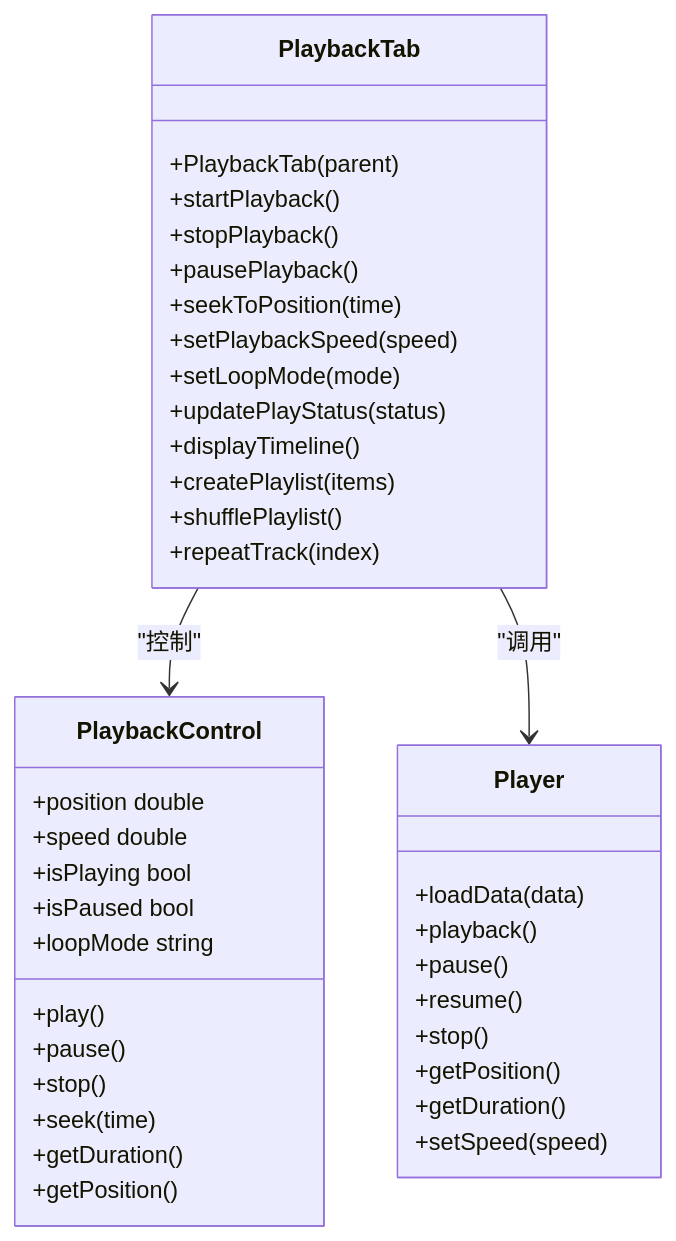
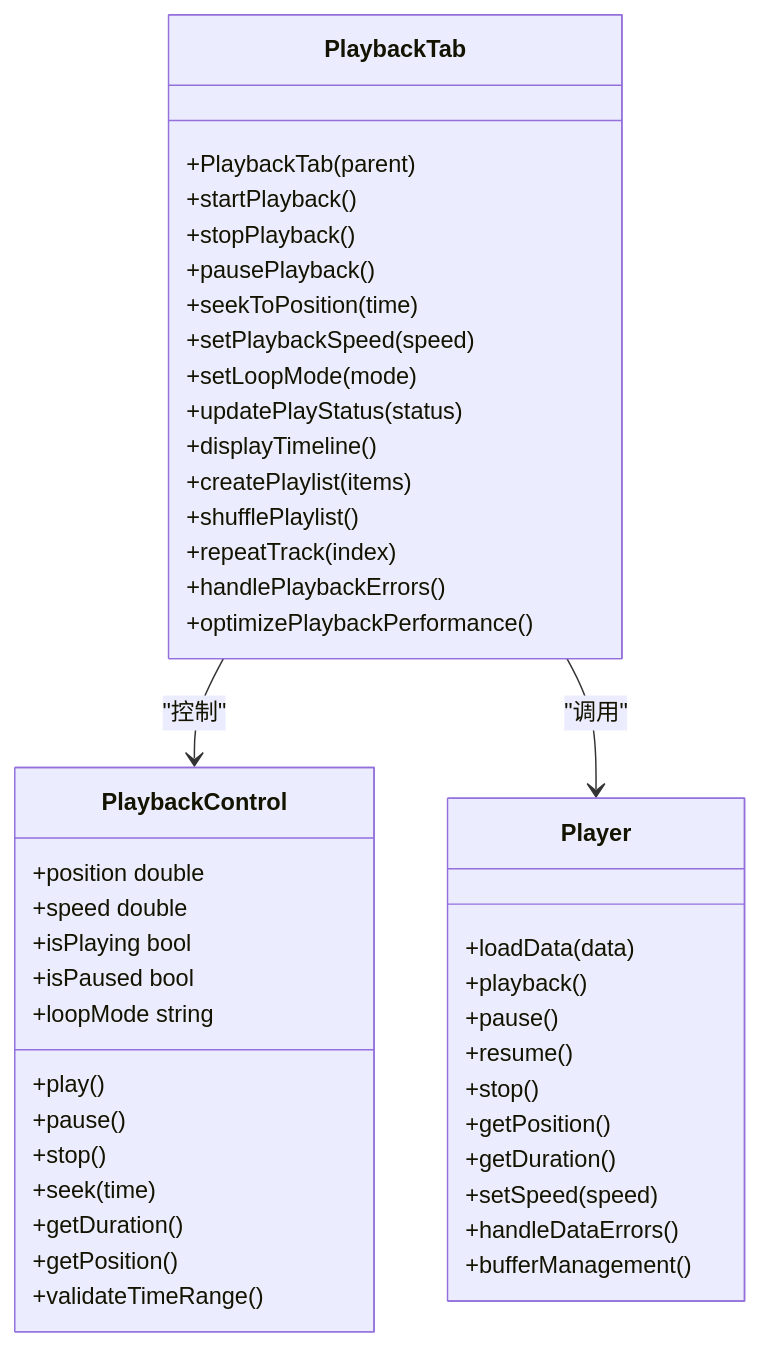
Diagram 12 of 15 in .qoder/repowiki/zh/content/架构设计/UI系统设计/UI系统设计.md (jakecai1225-design/OpenBus), drawn with Mermaid before and after one commit. The commit also changed other lines of this file and 15 other files, not shown here.

Commit message:
分离试图 拓扑图

````diff
--- a/.qoder/repowiki/zh/content/架构设计/UI系统设计/UI系统设计.md
+++ b/.qoder/repowiki/zh/content/架构设计/UI系统设计/UI系统设计.md
@@ -764,42 +802,47 @@
 ```mermaid
 classDiagram
 class PlaybackTab {
 +PlaybackTab(parent)
 +startPlayback()
 +stopPlayback()
 +pausePlayback()
 +seekToPosition(time)
 +setPlaybackSpeed(speed)
 +setLoopMode(mode)
 +updatePlayStatus(status)
 +displayTimeline()
 +createPlaylist(items)
 +shufflePlaylist()
 +repeatTrack(index)
++handlePlaybackErrors()
++optimizePlaybackPerformance()
 }
 class PlaybackControl {
 +position double
 +speed double
 +isPlaying bool
 +isPaused bool
 +loopMode string
 +play()
 +pause()
 +stop()
 +seek(time)
 +getDuration()
 +getPosition()
++validateTimeRange()
 }
 class Player {
 +loadData(data)
 +playback()
 +pause()
 +resume()
 +stop()
 +getPosition()
 +getDuration()
 +setSpeed(speed)
++handleDataErrors()
++bufferManagement()
 }
 PlaybackTab --> PlaybackControl : "控制"
 PlaybackTab --> Player : "调用"
 ```
````
